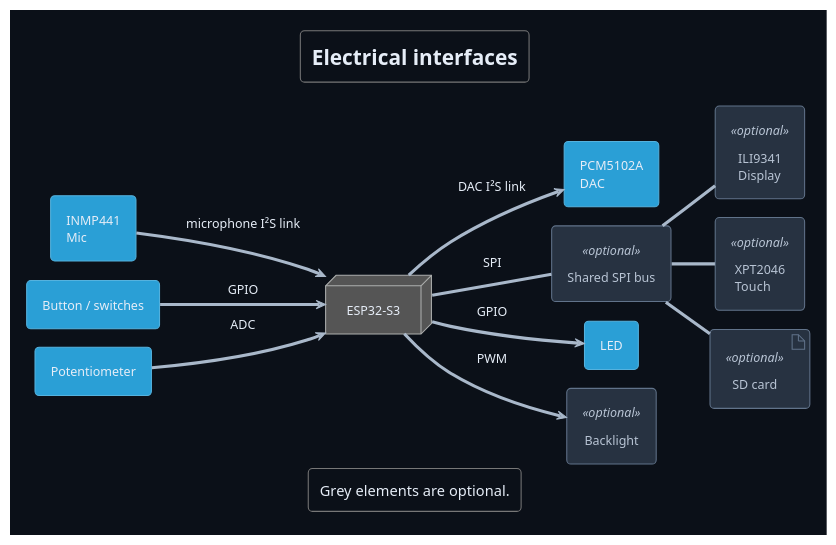
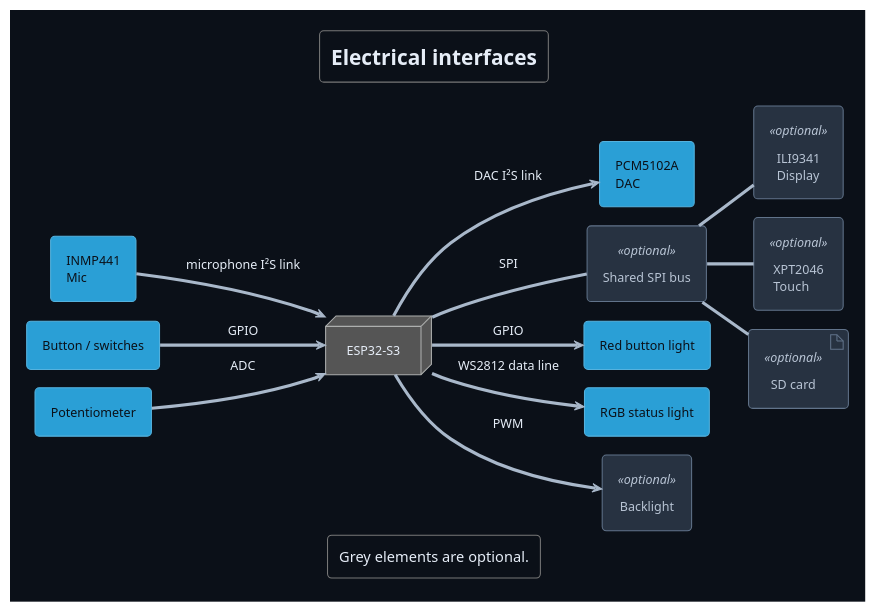
One commit to DemonicPsychoII/DigitalStethoscope changed the diagram in Development/system/architecture/system/puml/electrical-interfaces.puml. Above: the diagram before and after it, drawn with PlantUML. The commit also changed 107 other files, not shown here.

```diff
--- a/Development/system/architecture/system/puml/electrical-interfaces.puml
+++ b/Development/system/architecture/system/puml/electrical-interfaces.puml
@@ -1,46 +1,49 @@
 @startuml electrical_interfaces
 !theme cyborg
 !pragma layout smetana
 skinparam shadowing false
 skinparam backgroundColor #0b1018
 skinparam defaultFontColor #e6edf7
 skinparam ArrowColor #a9b8ca
 skinparam component {
+ FontColor #0b1018
  BackgroundColor<<optional>> #273241
  BorderColor<<optional>> #61738a
  FontColor<<optional>> #b8c4d4
 }
 skinparam artifact {
  BackgroundColor<<optional>> #273241
  BorderColor<<optional>> #61738a
  FontColor<<optional>> #b8c4d4
 }
 skinparam componentStyle rectangle
 skinparam defaultFontName SansSerif
 title Electrical interfaces
 left to right direction
 component "INMP441\nMic" as mic
 component "PCM5102A\nDAC" as dac
 node "ESP32-S3" as cpu
 component "ILI9341\nDisplay" as display <<optional>>
 component "XPT2046\nTouch" as touch <<optional>>
 artifact "SD card" as sd <<optional>>
 component "Shared SPI bus" as spi <<optional>>
 component "Button / switches" as controls
 component "Potentiometer" as pot
-component "LED" as led
+component "Red button light" as buttonLight
+component "RGB status light" as statusLight
 component "Backlight" as backlight <<optional>>
 mic --> cpu : microphone I²S link
 cpu --> dac : DAC I²S link
 cpu -- spi : SPI
 spi -- display
 spi -- touch
 spi -- sd
 controls --> cpu : GPIO
 pot --> cpu : ADC
-cpu --> led : GPIO
+cpu --> buttonLight : GPIO
+cpu --> statusLight : WS2812 data line
 cpu --> backlight : PWM
 legend bottom
   Grey elements are optional.
 endlegend
 @enduml
```
